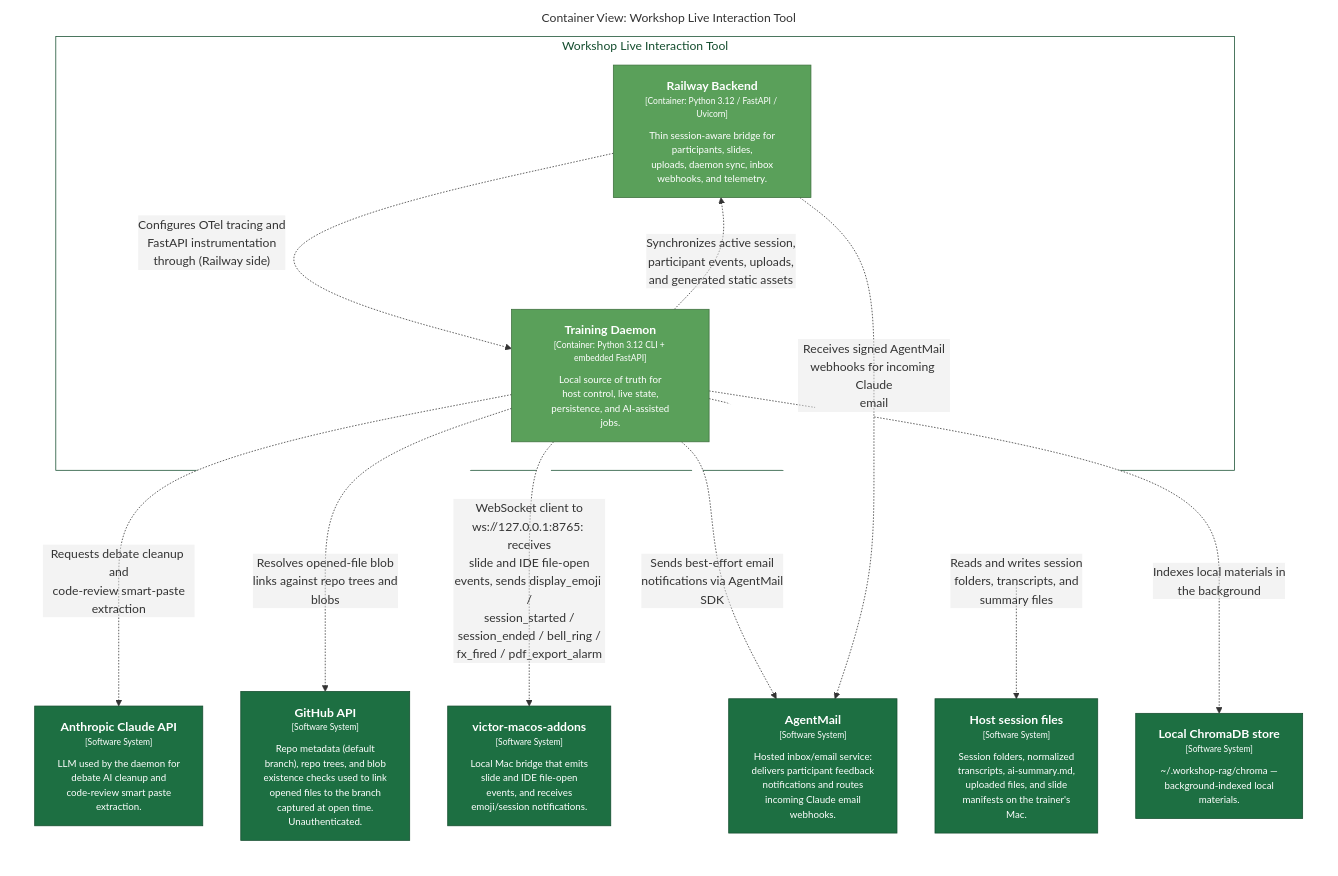
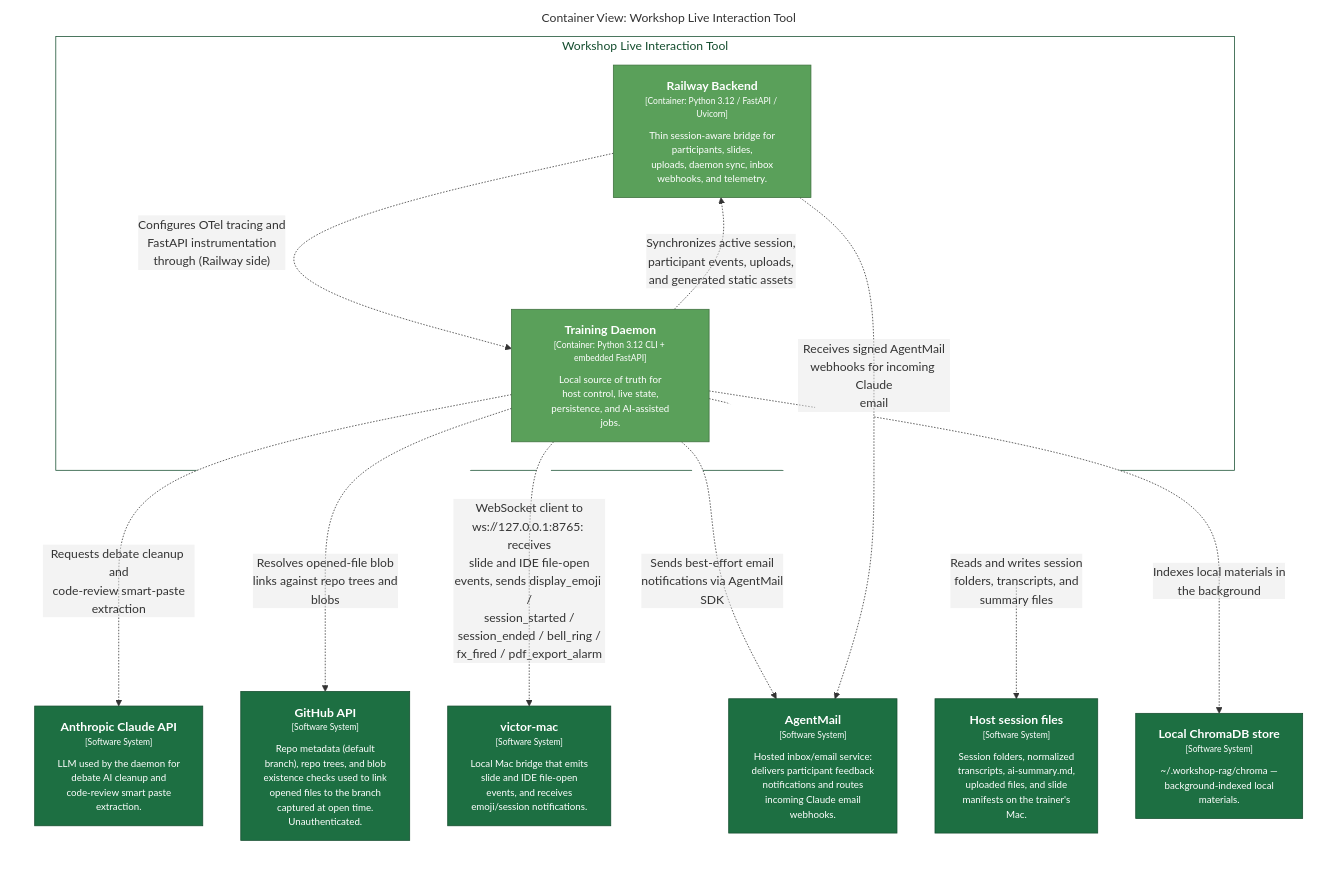
The diagram in docs/c4views/C2-Training-Daemon-Only.mmd (victorrentea/training-assistant), drawn with Mermaid before and after one commit. The commit also changed 45 other files, not shown here.

First line of the commit message:
📦 victor-macos-addons is now victor-mac

```diff
--- a/docs/c4views/C2-Training-Daemon-Only.mmd
+++ b/docs/c4views/C2-Training-Daemon-Only.mmd
@@ -1,39 +1,39 @@
 graph LR
   linkStyle default fill:#ffffff
 
   subgraph diagram ["Container View: Workshop Live Interaction Tool"]
     style diagram fill:#ffffff,stroke:#ffffff
 
     3["<div style='font-weight: bold'>Anthropic Claude API</div><div style='font-size: 70%; margin-top: 0px'>[Software System]</div><div style='font-size: 80%; margin-top:10px'>LLM used by the daemon for<br />debate AI cleanup and<br />code-review smart paste<br />extraction.</div>"]
     style 3 fill:#1d6f42,stroke:#144d2e,color:#ffffff
     4["<div style='font-weight: bold'>GitHub API</div><div style='font-size: 70%; margin-top: 0px'>[Software System]</div><div style='font-size: 80%; margin-top:10px'>Repo metadata (default<br />branch), repo trees, and blob<br />existence checks used to link<br />opened files to the branch<br />captured at open time.<br />Unauthenticated.</div>"]
     style 4 fill:#1d6f42,stroke:#144d2e,color:#ffffff
-    5["<div style='font-weight: bold'>victor-macos-addons</div><div style='font-size: 70%; margin-top: 0px'>[Software System]</div><div style='font-size: 80%; margin-top:10px'>Local Mac bridge that emits<br />slide and IDE file-open<br />events, and receives<br />emoji/session notifications.</div>"]
+    5["<div style='font-weight: bold'>victor-mac</div><div style='font-size: 70%; margin-top: 0px'>[Software System]</div><div style='font-size: 80%; margin-top:10px'>Local Mac bridge that emits<br />slide and IDE file-open<br />events, and receives<br />emoji/session notifications.</div>"]
     style 5 fill:#1d6f42,stroke:#144d2e,color:#ffffff
     8["<div style='font-weight: bold'>AgentMail</div><div style='font-size: 70%; margin-top: 0px'>[Software System]</div><div style='font-size: 80%; margin-top:10px'>Hosted inbox/email service:<br />delivers participant feedback<br />notifications and routes<br />incoming Claude email<br />webhooks.</div>"]
     style 8 fill:#1d6f42,stroke:#144d2e,color:#ffffff
     9["<div style='font-weight: bold'>Host session files</div><div style='font-size: 70%; margin-top: 0px'>[Software System]</div><div style='font-size: 80%; margin-top:10px'>Session folders, normalized<br />transcripts, ai-summary.md,<br />uploaded files, and slide<br />manifests on the trainer's<br />Mac.</div>"]
     style 9 fill:#1d6f42,stroke:#144d2e,color:#ffffff
     10["<div style='font-weight: bold'>Local ChromaDB store</div><div style='font-size: 70%; margin-top: 0px'>[Software System]</div><div style='font-size: 80%; margin-top:10px'>~/.workshop-rag/chroma —<br />background-indexed local<br />materials.</div>"]
     style 10 fill:#1d6f42,stroke:#144d2e,color:#ffffff
 
     subgraph 11 ["Workshop Live Interaction Tool"]
       style 11 fill:#ffffff,stroke:#144d2e,color:#144d2e
 
       14["<div style='font-weight: bold'>Railway Backend</div><div style='font-size: 70%; margin-top: 0px'>[Container: Python 3.12 / FastAPI / Uvicorn]</div><div style='font-size: 80%; margin-top:10px'>Thin session-aware bridge for<br />participants, slides,<br />uploads, daemon sync, inbox<br />webhooks, and telemetry.</div>"]
       style 14 fill:#5aa05a,stroke:#3e703e,color:#ffffff
       24["<div style='font-weight: bold'>Training Daemon</div><div style='font-size: 70%; margin-top: 0px'>[Container: Python 3.12 CLI + embedded FastAPI]</div><div style='font-size: 80%; margin-top:10px'>Local source of truth for<br />host control, live state,<br />persistence, and AI-assisted<br />jobs.</div>"]
       style 24 fill:#5aa05a,stroke:#3e703e,color:#ffffff
     end
 
     24-. "<div>Synchronizes active session,<br />participant events, uploads,<br />and generated static assets</div><div style='font-size: 70%'></div>" .->14
     24-. "<div>Requests debate cleanup and<br />code-review smart-paste<br />extraction</div><div style='font-size: 70%'></div>" .->3
     24-. "<div>Resolves opened-file blob<br />links against repo trees and<br />blobs</div><div style='font-size: 70%'></div>" .->4
     24-. "<div>WebSocket client to<br />ws://127.0.0.1:8765: receives<br />slide and IDE file-open<br />events, sends display_emoji /<br />session_started /<br />session_ended / bell_ring /<br />fx_fired / pdf_export_alarm</div><div style='font-size: 70%'></div>" .->5
     24-. "<div>Sends best-effort email<br />notifications via AgentMail<br />SDK</div><div style='font-size: 70%'></div>" .->8
     24-. "<div>Reads and writes session<br />folders, transcripts, and<br />summary files</div><div style='font-size: 70%'></div>" .->9
     24-. "<div>Indexes local materials in<br />the background</div><div style='font-size: 70%'></div>" .->10
     14-. "<div>Receives signed AgentMail<br />webhooks for incoming Claude<br />email</div><div style='font-size: 70%'></div>" .->8
     14-. "<div>Configures OTel tracing and<br />FastAPI instrumentation<br />through (Railway side)</div><div style='font-size: 70%'></div>" .->24
 
   end
```
